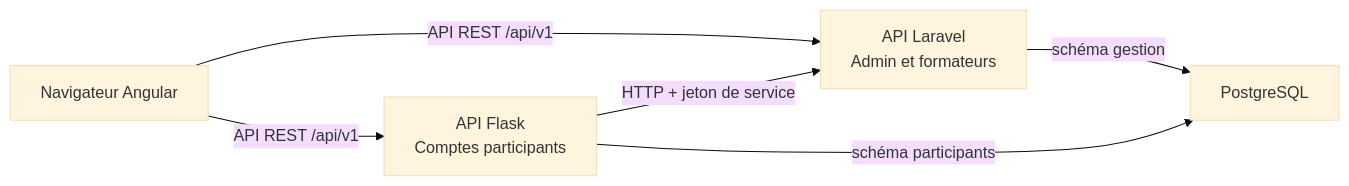
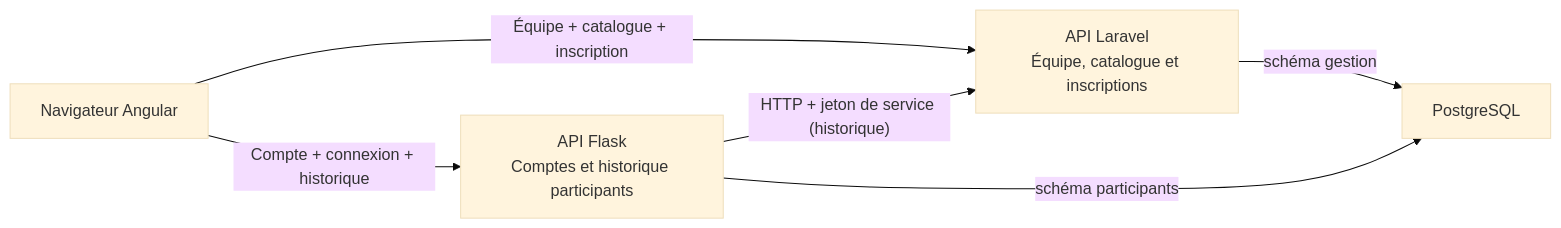
The diagram in README.md (ObservationDay/ObserveDay), drawn with Mermaid (base theme) before and after one commit. The commit also changed other lines of this file and 34 other files, not shown here.

````diff
--- a/README.md
+++ b/README.md
@@ -20,13 +20,13 @@
 ```mermaid
 flowchart LR
     Browser["Navigateur Angular"]
-    Laravel["API Laravel<br/>Admin et formateurs"]
-    Flask["API Flask<br/>Comptes participants"]
+    Laravel["API Laravel<br/>Équipe, catalogue et inscriptions"]
+    Flask["API Flask<br/>Comptes et historique participants"]
     PG["PostgreSQL"]
 
-    Browser -->|"API REST /api/v1"| Laravel
-    Browser -->|"API REST /api/v1"| Flask
-    Flask -->|"HTTP + jeton de service"| Laravel
+    Browser -->|"Équipe + catalogue + inscription"| Laravel
+    Browser -->|"Compte + connexion + historique"| Flask
+    Flask -->|"HTTP + jeton de service (historique)"| Laravel
     Laravel -->|"schéma gestion"| PG
     Flask -->|"schéma participants"| PG
 ```
````
